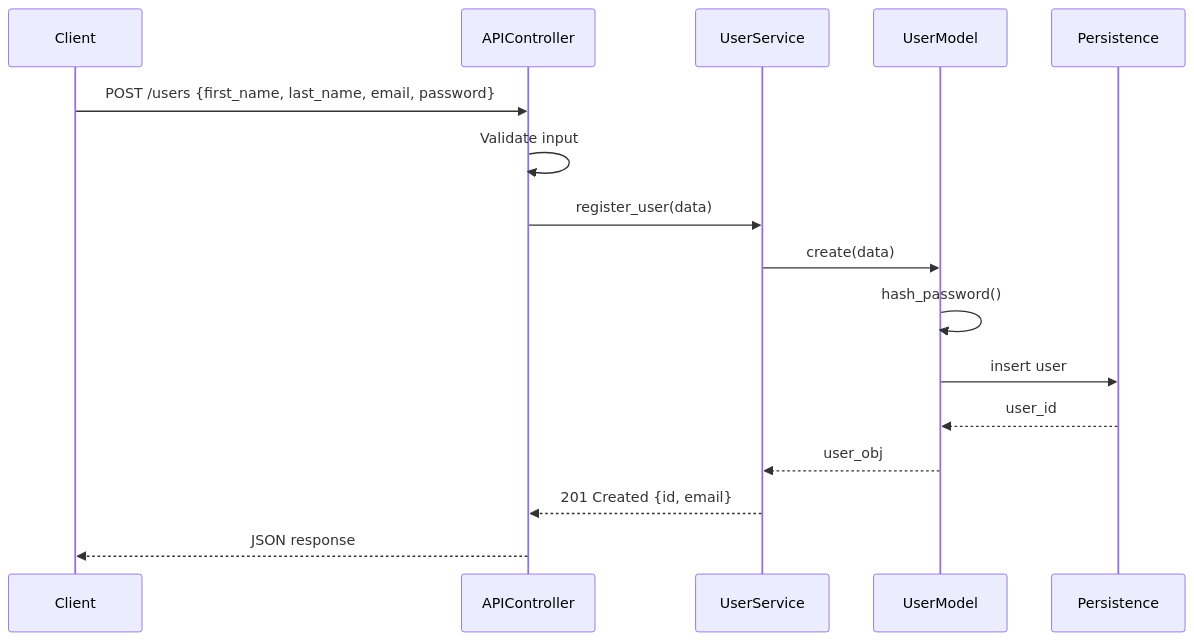
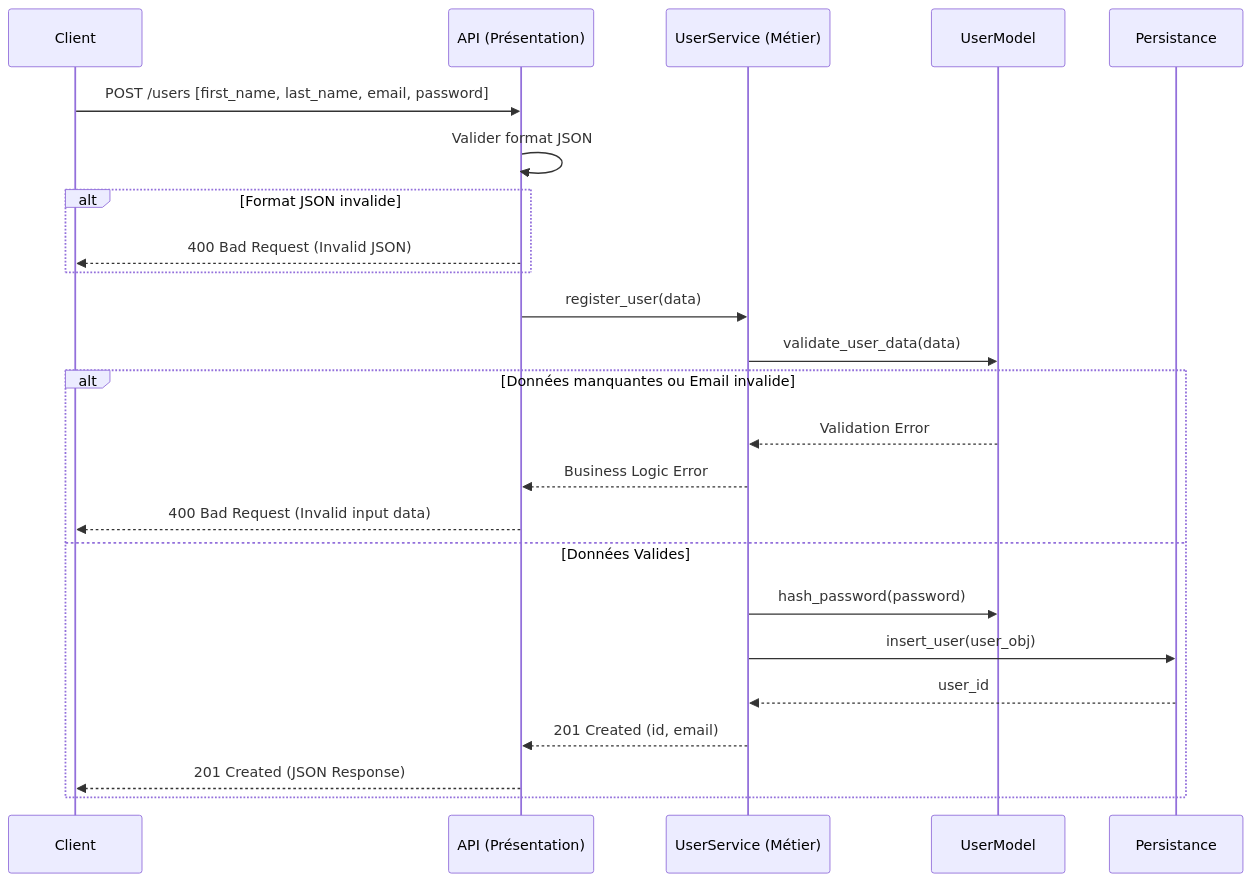
The first of 4 diagrams in part1/Sequence_Diagrams.md (laetitiagrondin/holbertonschool-hbnb), drawn with Mermaid before and after one commit. The commit also changed other lines of this file, not shown here.

First line of the commit message:
Enhance sequence diagrams for user registration and place creation

````diff
--- a/part1/Sequence_Diagrams.md
+++ b/part1/Sequence_Diagrams.md
@@ -3,19 +3,29 @@
 ```mermaid
 sequenceDiagram
-    participant Client
-    participant APIController
-    participant UserService
-    participant UserModel
-    participant Persistence
+    participant C as Client
+    participant A as API (Présentation)
+    participant S as UserService (Métier)
+    participant M as UserModel
+    participant P as Persistance
 
-    Client->>APIController: POST /users {first_name, last_name, email, password}
-    APIController->>APIController: Validate input
-    APIController->>UserService: register_user(data)
-    UserService->>UserModel: create(data)
-    UserModel->>UserModel: hash_password()
-    UserModel->>Persistence: insert user
-    Persistence-->>UserModel: user_id
-    UserModel-->>UserService: user_obj
-    UserService-->>APIController: 201 Created {id, email}
-    APIController-->>Client: JSON response
+    C->>A: POST /users [first_name, last_name, email, password]
+    A->>A: Valider format JSON
+    alt Format JSON invalide
+        A-->>C: 400 Bad Request (Invalid JSON)
+    end
+    
+    A->>S: register_user(data)
+    S->>M: validate_user_data(data)
+    
+    alt Données manquantes ou Email invalide
+        M-->>S: Validation Error
+        S-->>A: Business Logic Error
+        A-->>C: 400 Bad Request (Invalid input data)
+    else Données Valides
+        S->>M: hash_password(password)
+        S->>P: insert_user(user_obj)
+        P-->>S: user_id
+        S-->>A: 201 Created (id, email)
+        A-->>C: 201 Created (JSON Response)
+    end
 ```
````
